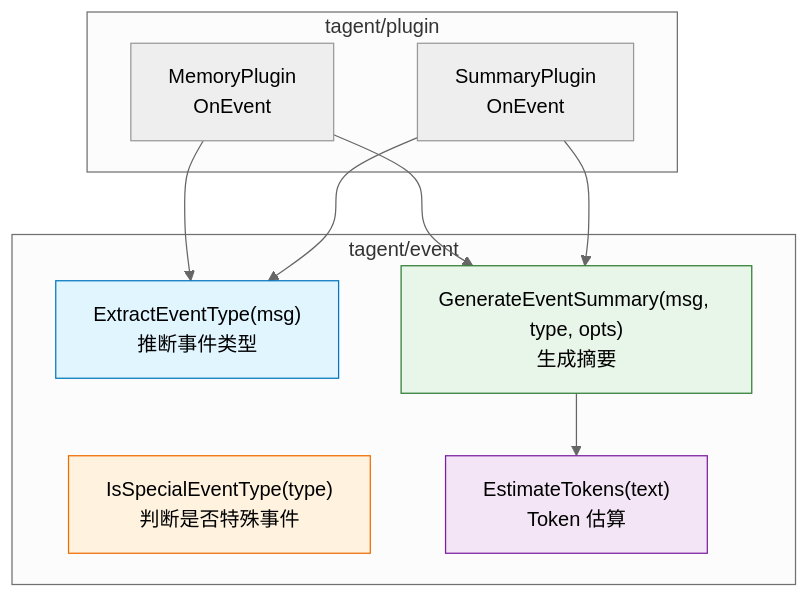
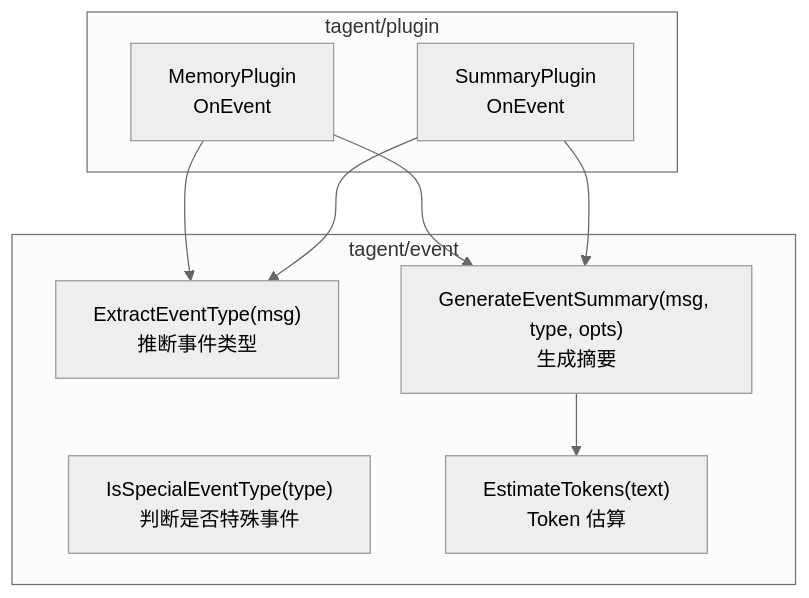
Before and after one commit to SpellingDragon/tagent: the first of 3 diagrams in docs/wiki/event/event-architecture.md, drawn with Mermaid (neutral theme). The commit also changed other lines of this file and 320 other files, not shown here.

````diff
--- a/docs/wiki/event/event-architecture.md
+++ b/docs/wiki/event/event-architecture.md
@@ -29,26 +29,21 @@
 ```mermaid
 graph TB
     subgraph "tagent/event"
         ET["ExtractEventType(msg)\n推断事件类型"]
         IS["IsSpecialEventType(type)\n判断是否特殊事件"]
         GS["GenerateEventSummary(msg, type, opts)\n生成摘要"]
         TC["EstimateTokens(text)\nToken 估算"]
     end
 
     subgraph "tagent/plugin"
         MP["MemoryPlugin\nOnEvent"]
         SP["SummaryPlugin\nOnEvent"]
     end
 
     MP --> ET
     MP --> GS
     SP --> ET
     SP --> GS
 
     GS --> TC
-
-    style ET fill:#e1f5ff,stroke:#0277bd
-    style IS fill:#fff3e0,stroke:#ef6c00
-    style GS fill:#e8f5e9,stroke:#2e7d32
-    style TC fill:#f3e5f5,stroke:#7b1fa2
 ```
````
